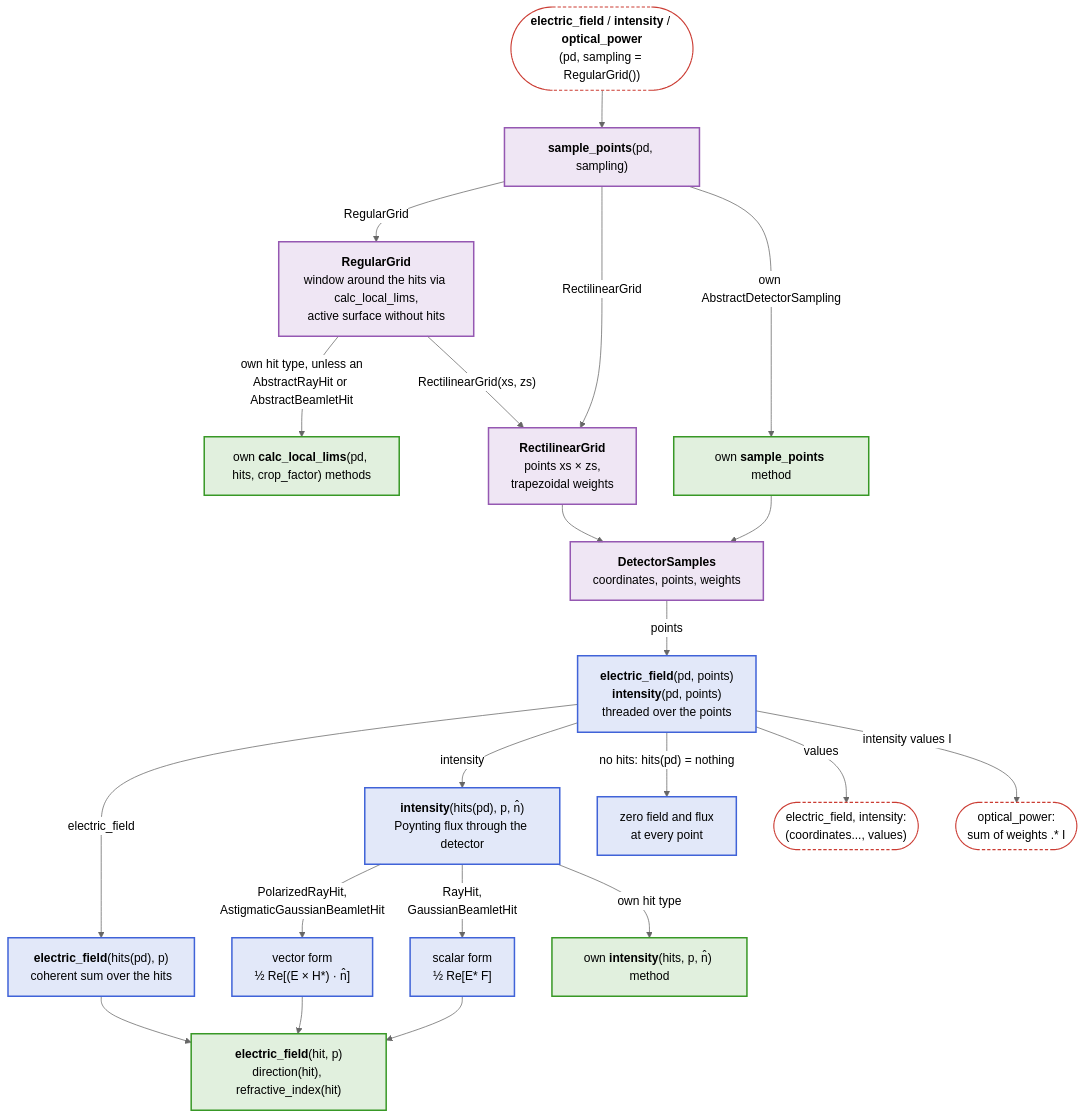
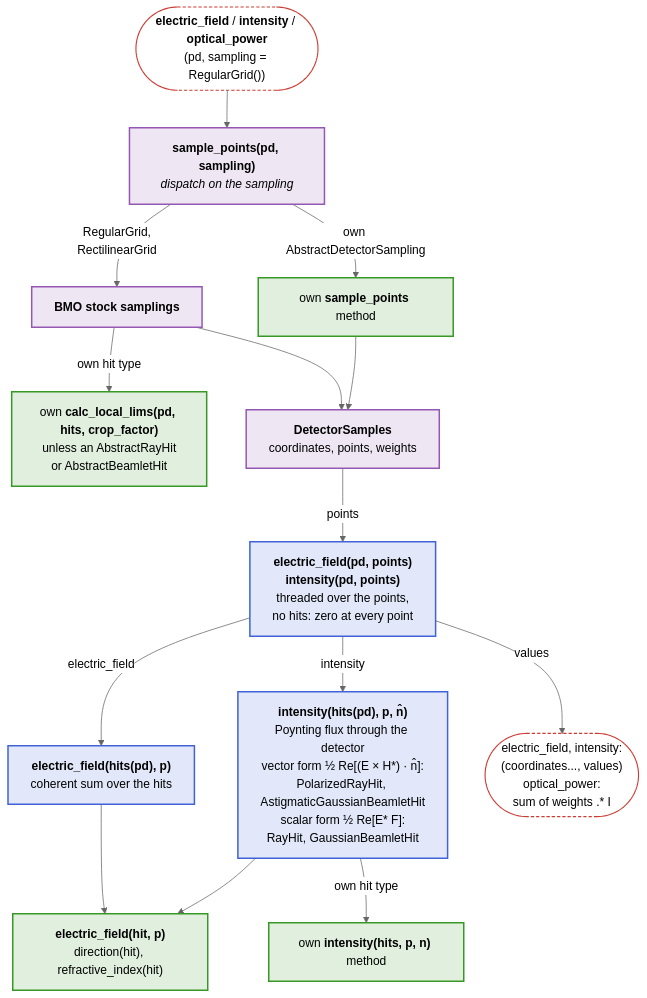
Before and after one commit to JuliaPhysics/BeamletOptics.jl: the second of 3 diagrams in docs/src/api/detectors.md, drawn with Mermaid (neutral theme). The commit also changed other lines of this file and 8 other files, not shown here.

First line of the commit message:
Docs: diagrams narrow and colored by group, rules in "Readable diagrams"

````diff
--- a/docs/src/api/detectors.md
+++ b/docs/src/api/detectors.md
@@ -41,32 +41,38 @@
 ```mermaid
 flowchart TB
-    R(["<b>electric_field</b> / <b>intensity</b> / <b>optical_power</b><br/>(pd, sampling = RegularGrid())"]) --> SP["<b>sample_points</b>(pd, sampling)"]
-    SP -- RegularGrid --> RG["<b>RegularGrid</b><br/>window around the hits via calc_local_lims,<br/>active surface without hits"]
-    SP -- RectilinearGrid --> RL["<b>RectilinearGrid</b><br/>points xs × zs,<br/>trapezoidal weights"]
-    SP -- "own AbstractDetectorSampling" --> OWN["own <b>sample_points</b> method"]
-    RG -- "own hit type, unless an<br/>AbstractRayHit or AbstractBeamletHit" --> LIM["own <b>calc_local_lims</b>(pd, hits, crop_factor) methods"]
-    RG -- "RectilinearGrid(xs, zs)" --> RL
-    RL --> DS["<b>DetectorSamples</b><br/>coordinates, points, weights"]
+    R(["<b>electric_field</b> / <b>intensity</b> / <b>optical_power</b><br/>(pd, sampling = RegularGrid())"])
+    SP["<b>sample_points(pd, sampling)</b><br/><i>dispatch on the sampling</i>"]
+    BMO["<b>BMO stock samplings</b><br/>"]
+    OWN["own <b>sample_points</b> method"]
+    LIM["own <b>calc_local_lims(pd, hits, crop_factor)</b><br/>unless an AbstractRayHit<br/>or AbstractBeamletHit"]
+    DS["<b>DetectorSamples</b><br/>coordinates, points, weights"]
+    PT["<b>electric_field(pd, points)</b><br/><b>intensity(pd, points)</b><br/>threaded over the points,<br/>no hits: zero at every point"]
+    SUM["<b>electric_field(hits(pd), p)</b><br/>coherent sum over the hits"]
+    IH["<b>intensity(hits(pd), p, n̂)</b><br/>Poynting flux through the detector<br/>vector form ½ Re[(E × H*) · n̂]:<br/>PolarizedRayHit, AstigmaticGaussianBeamletHit<br/>scalar form ½ Re[E* F]:<br/>RayHit, GaussianBeamletHit"]
+    RET(["electric_field, intensity:<br/>(coordinates..., values)<br/>optical_power:<br/>sum of weights .* I"])
+    OWNI["own <b>intensity(hits, p, n)</b> method"]
+    EF["<b>electric_field(hit, p)</b><br/>direction(hit), refractive_index(hit)"]
+
+    R --> SP
+    SP -- "RegularGrid,<br/>RectilinearGrid" --> BMO
+    SP -- "own AbstractDetectorSampling" --> OWN
+    BMO -- "own hit type" --> LIM
+    BMO --> DS
     OWN --> DS
-    DS -- points --> PT["<b>electric_field</b>(pd, points)<br/><b>intensity</b>(pd, points)<br/>threaded over the points"]
-    PT -- "electric_field" --> SUM["<b>electric_field</b>(hits(pd), p)<br/>coherent sum over the hits"]
-    PT -- "intensity" --> IH["<b>intensity</b>(hits(pd), p, n̂)<br/>Poynting flux through the detector"]
-    IH -- "PolarizedRayHit,<br/>AstigmaticGaussianBeamletHit" --> IV["vector form<br/>½ Re[(E × H*) · n̂]"]
-    IH -- "RayHit,<br/>GaussianBeamletHit" --> IS["scalar form<br/>½ Re[E* F]"]
-    IH -- "own hit type" --> OWNI["own <b>intensity</b>(hits, p, n̂) method"]
-    PT -- "no hits: hits(pd) = nothing" --> ZERO["zero field and flux<br/>at every point"]
-    SUM --> EF["<b>electric_field</b>(hit, p)<br/>direction(hit), refractive_index(hit)"]
-    IV --> EF
-    IS --> EF
-    PT -- "values" --> RET(["electric_field, intensity:<br/>(coordinates..., values)"])
-    PT -- "intensity values I" --> OP(["optical_power:<br/>sum of weights .* I"])
+    DS -- points --> PT
+    PT -- electric_field --> SUM
+    PT -- intensity --> IH
+    PT -- values --> RET
+    IH -- "own hit type" --> OWNI
+    SUM --> EF
+    IH --> EF
 
     classDef blue fill:#4063D826,stroke:#4063D8,stroke-width:2px
     classDef green fill:#38982626,stroke:#389826,stroke-width:2px
     classDef purple fill:#9558B226,stroke:#9558B2,stroke-width:2px
     classDef terminal fill:transparent,stroke:#CB3C33,stroke-width:1.5px,stroke-dasharray:4 3
-    class SP,RG,RL,DS purple
-    class PT,SUM,IH,IV,IS,ZERO blue
+    class SP,BMO,DS purple
+    class PT,SUM,IH blue
     class OWN,LIM,OWNI,EF green
-    class R,RET,OP terminal
+    class R,RET terminal
 ```
````
